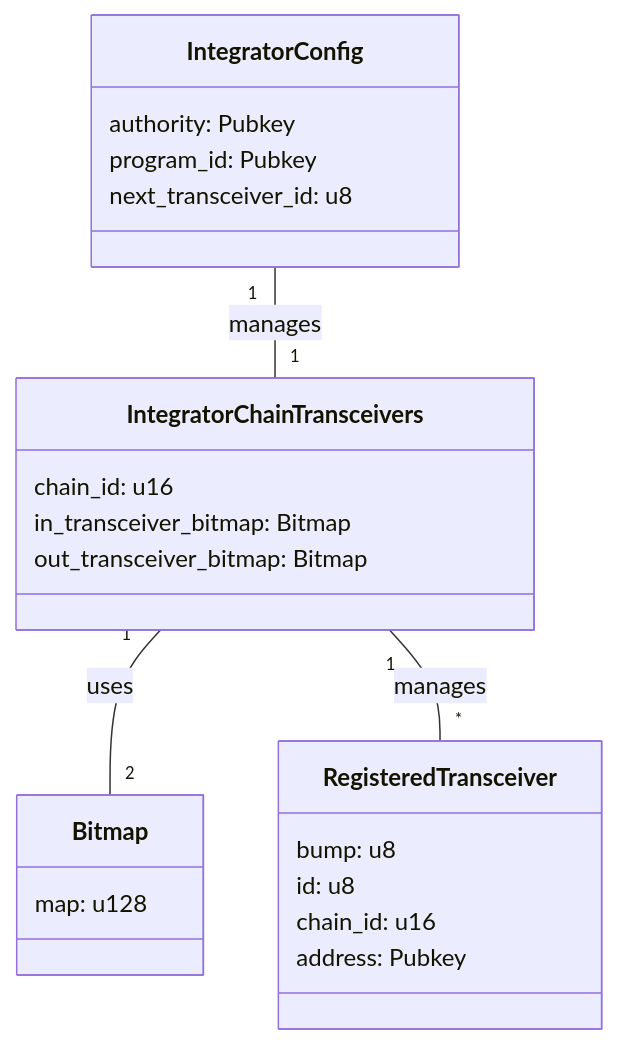
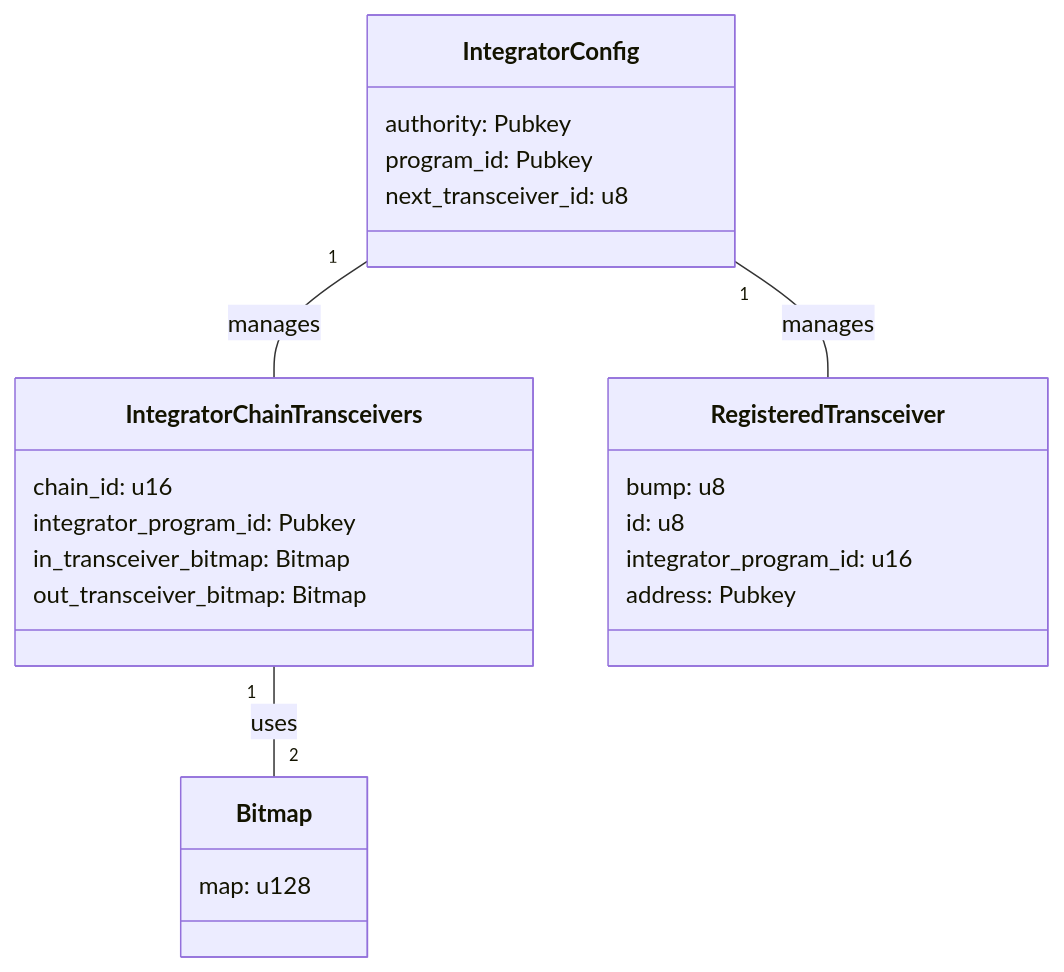
Before and after one commit to wormholelabs-xyz/example-messaging-endpoint: the diagram in svm/programs/router/README.md, drawn with Mermaid. The commit also changed other lines of this file and 3 other files, not shown here.

````diff
--- a/svm/programs/router/README.md
+++ b/svm/programs/router/README.md
@@ -5,29 +5,30 @@
 ```mermaid
 classDiagram
     class IntegratorConfig {
         authority: Pubkey
         program_id: Pubkey
         next_transceiver_id: u8
     }
 
     class IntegratorChainTransceivers {
         chain_id: u16
+        integrator_program_id: Pubkey
         in_transceiver_bitmap: Bitmap
         out_transceiver_bitmap: Bitmap
     }
 
     class RegisteredTransceiver {
         bump: u8
         id: u8
-        chain_id: u16
+        integrator_program_id: u16
         address: Pubkey
     }
 
     class Bitmap {
         map: u128
     }
 
-    IntegratorConfig "1" -- "1" IntegratorChainTransceivers : manages
-    IntegratorChainTransceivers "1" -- "2" Bitmap : uses
-    IntegratorChainTransceivers "1" -- "*" RegisteredTransceiver : manages
+   IntegratorConfig "1" -- "" IntegratorChainTransceivers : manages
+   IntegratorChainTransceivers "1" -- "2" Bitmap : uses
+   IntegratorConfig "1" -- "" RegisteredTransceiver : manages
 ```
````
